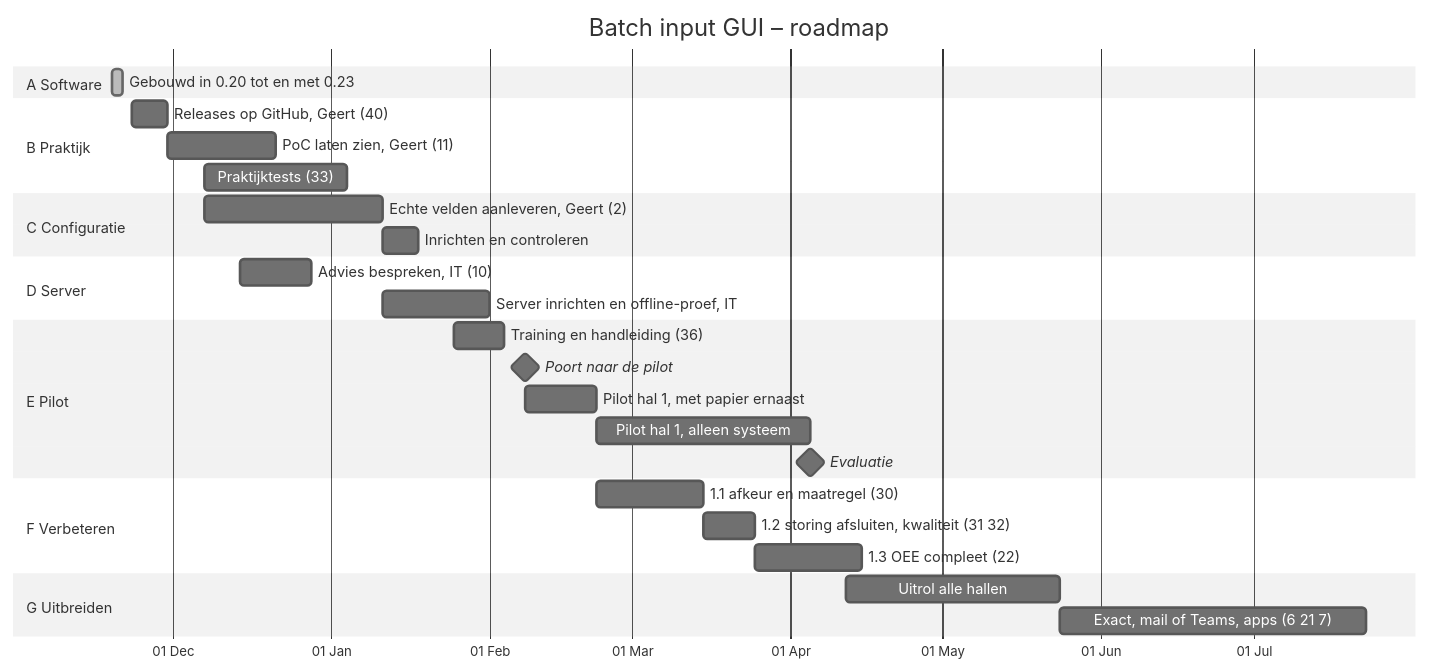
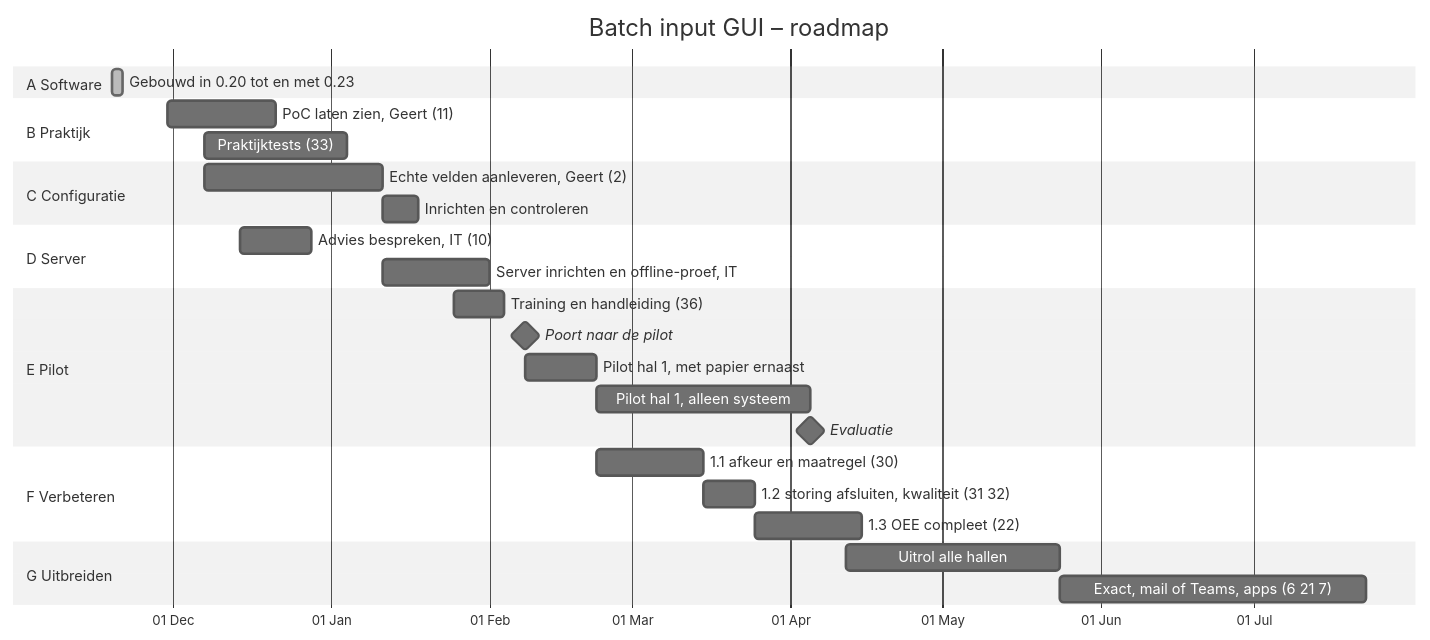
Before and after one commit to Gertjun/Manufacturing-Execution-System: the diagram in ROADMAP.md, drawn with Mermaid (neutral theme). The commit also changed other lines of this file and 2 other files, not shown here.

Commit message:
Releases werken weer (#40 gedaan)
Met de secret RELEASE_TOKEN zijn de tags en releases 0.21.1 tot en met
0.23.0 alsnog gemaakt. Stand, roadmap en changelog bijgewerkt.

Claude-Session: https://claude.ai/code/session_015hpfmL2sQkdpUZQ3bXJ6JD

````diff
--- a/ROADMAP.md
+++ b/ROADMAP.md
@@ -12,39 +12,38 @@
 ```mermaid
 gantt
     title Batch input GUI – roadmap
     dateFormat YYYY-MM-DD
     axisFormat %d %b
     todayMarker on
 
     section A Software
     Gebouwd in 0.20 tot en met 0.23          :done, a1, 2026-11-19, 2d
 
     section B Praktijk
-    Releases op GitHub, Geert (40)           :b0, 2026-11-23, 7d
     PoC laten zien, Geert (11)               :b1, 2026-11-30, 21d
     Praktijktests (33)                       :b2, 2026-12-07, 28d
 
     section C Configuratie
     Echte velden aanleveren, Geert (2)       :c1, 2026-12-07, 35d
     Inrichten en controleren                 :c2, after c1, 7d
 
     section D Server
     Advies bespreken, IT (10)                :d1, 2026-12-14, 14d
     Server inrichten en offline-proef, IT    :d2, 2027-01-11, 21d
 
     section E Pilot
     Training en handleiding (36)             :e0, 2027-01-25, 10d
     Poort naar de pilot                      :milestone, m1, 2027-02-08, 0d
     Pilot hal 1, met papier ernaast          :e1, 2027-02-08, 14d
     Pilot hal 1, alleen systeem              :e2, after e1, 42d
     Evaluatie                                :milestone, m2, 2027-04-05, 0d
 
     section F Verbeteren
     1.1 afkeur en maatregel (30)             :f1, 2027-02-22, 21d
     1.2 storing afsluiten, kwaliteit (31 32) :f2, after f1, 10d
     1.3 OEE compleet (22)                    :f3, after f2, 21d
 
     section G Uitbreiden
     Uitrol alle hallen                       :g1, 2027-04-12, 42d
     Exact, mail of Teams, apps (6 21 7)      :g2, 2027-05-24, 60d
 ```
````
